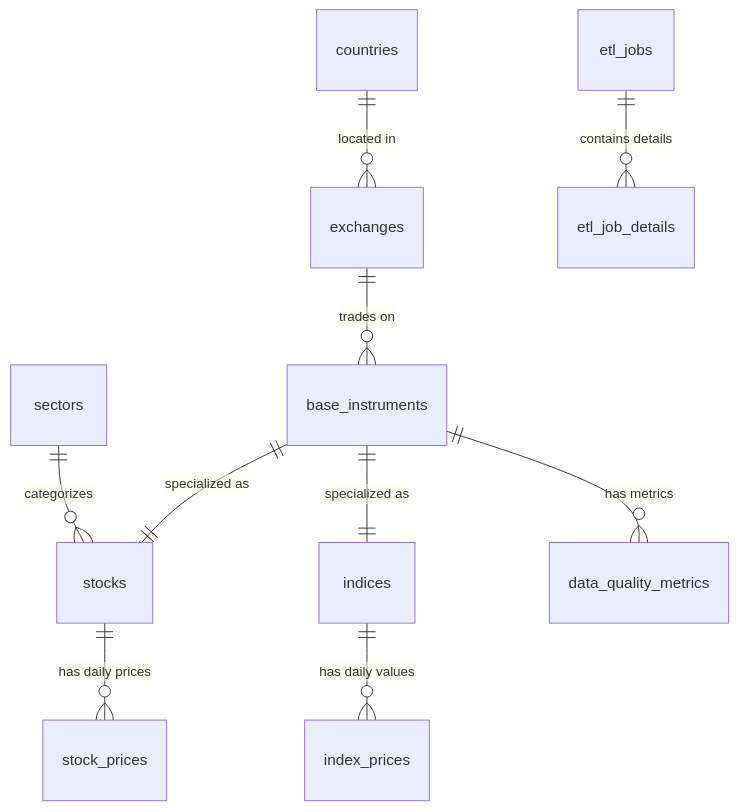
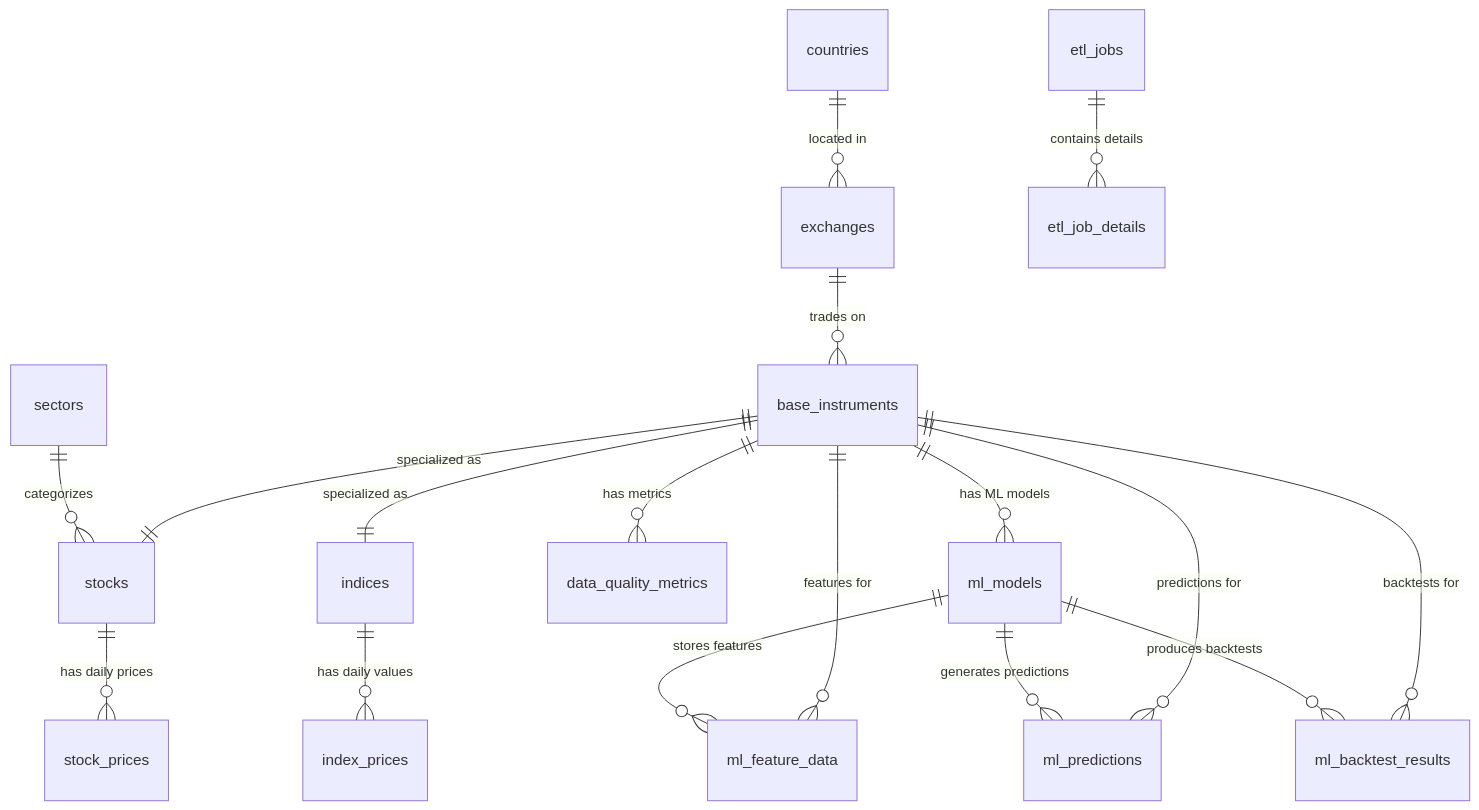
One commit to KonuTech/classify-stock-growth-for-trading changed the diagram in README.md. Above: the diagram before and after it, drawn with Mermaid. The commit also changed other lines of this file, not shown here.

First line of the commit message:
Update README.md with comprehensive ML pipeline documentation and ERD improvements

````diff
--- a/README.md
+++ b/README.md
@@ -44,12 +44,19 @@
 ```mermaid
 erDiagram
     countries ||--o{ exchanges : "located in"
     exchanges ||--o{ base_instruments : "trades on"
     sectors ||--o{ stocks : "categorizes"
     base_instruments ||--|| stocks : "specialized as"
     base_instruments ||--|| indices : "specialized as"
     stocks ||--o{ stock_prices : "has daily prices"
     indices ||--o{ index_prices : "has daily values"
     etl_jobs ||--o{ etl_job_details : "contains details"
     base_instruments ||--o{ data_quality_metrics : "has metrics"
+    base_instruments ||--o{ ml_models : "has ML models"
+    ml_models ||--o{ ml_feature_data : "stores features"
+    ml_models ||--o{ ml_predictions : "generates predictions"
+    ml_models ||--o{ ml_backtest_results : "produces backtests"
+    base_instruments ||--o{ ml_feature_data : "features for"
+    base_instruments ||--o{ ml_predictions : "predictions for"
+    base_instruments ||--o{ ml_backtest_results : "backtests for"
 ```
````
